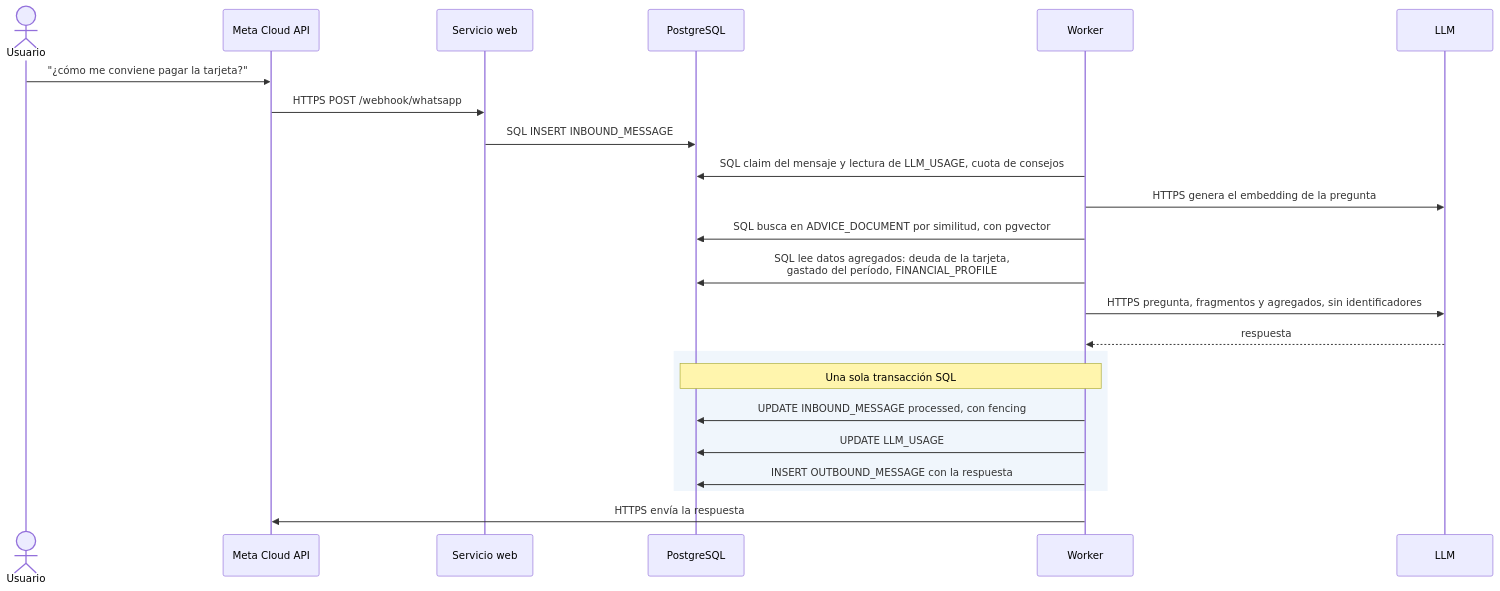
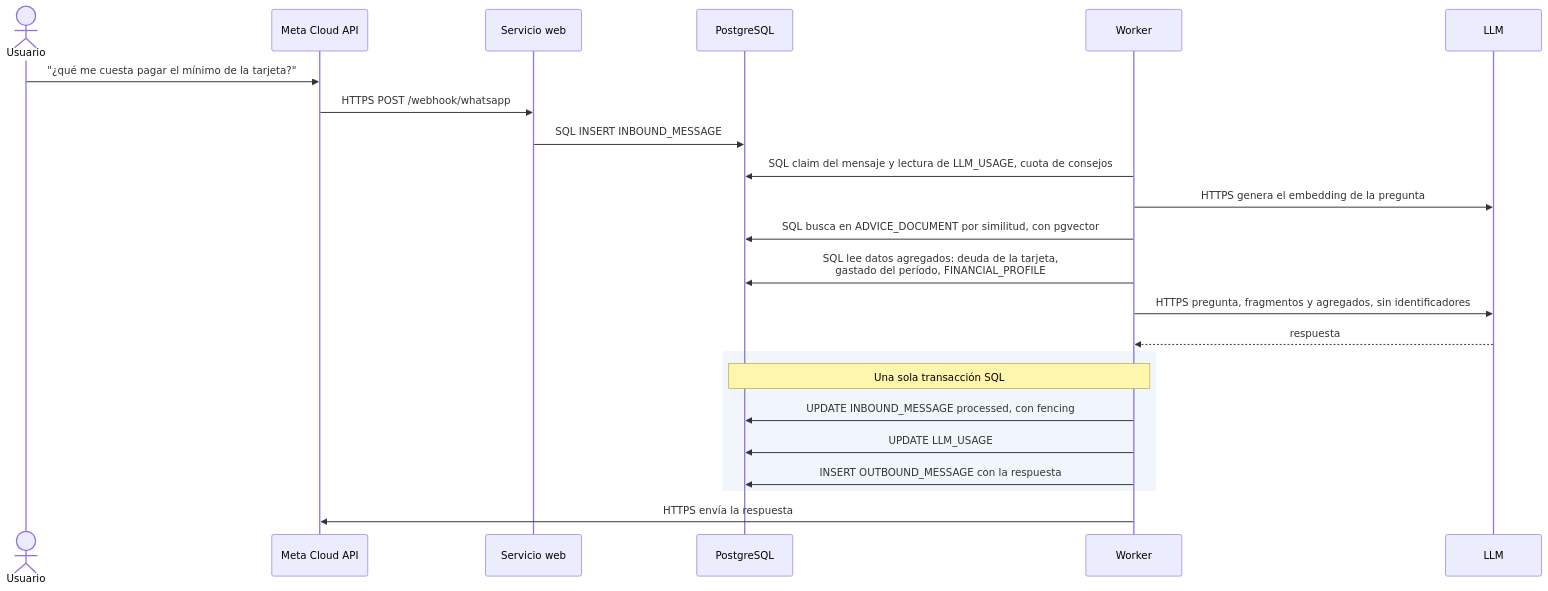
One commit to verozacarias-prog/AI4Devs-finalproject changed the ninth of 11 diagrams in docs/recorrido-completo.md. Above: the diagram before and after it, drawn with Mermaid. The commit also changed 4 other files, not shown here.

````diff
--- a/docs/recorrido-completo.md
+++ b/docs/recorrido-completo.md
@@ -382,26 +382,26 @@
 ```mermaid
 sequenceDiagram
     actor U as Usuario
     participant M as Meta Cloud API
     participant API as Servicio web
     participant DB as PostgreSQL
     participant W as Worker
     participant L as LLM
 
-    U->>M: "¿cómo me conviene pagar la tarjeta?"
+    U->>M: "¿qué me cuesta pagar el mínimo de la tarjeta?"
     M->>API: HTTPS POST /webhook/whatsapp
     API->>DB: SQL INSERT INBOUND_MESSAGE
     W->>DB: SQL claim del mensaje y lectura de LLM_USAGE, cuota de consejos
     W->>L: HTTPS genera el embedding de la pregunta
     W->>DB: SQL busca en ADVICE_DOCUMENT por similitud, con pgvector
     W->>DB: SQL lee datos agregados: deuda de la tarjeta,<br/>gastado del período, FINANCIAL_PROFILE
     W->>L: HTTPS pregunta, fragmentos y agregados, sin identificadores
     L-->>W: respuesta
     rect rgb(240, 246, 252)
         Note over W,DB: Una sola transacción SQL
         W->>DB: UPDATE INBOUND_MESSAGE processed, con fencing
         W->>DB: UPDATE LLM_USAGE
         W->>DB: INSERT OUTBOUND_MESSAGE con la respuesta
     end
     W->>M: HTTPS envía la respuesta
 ```
````
